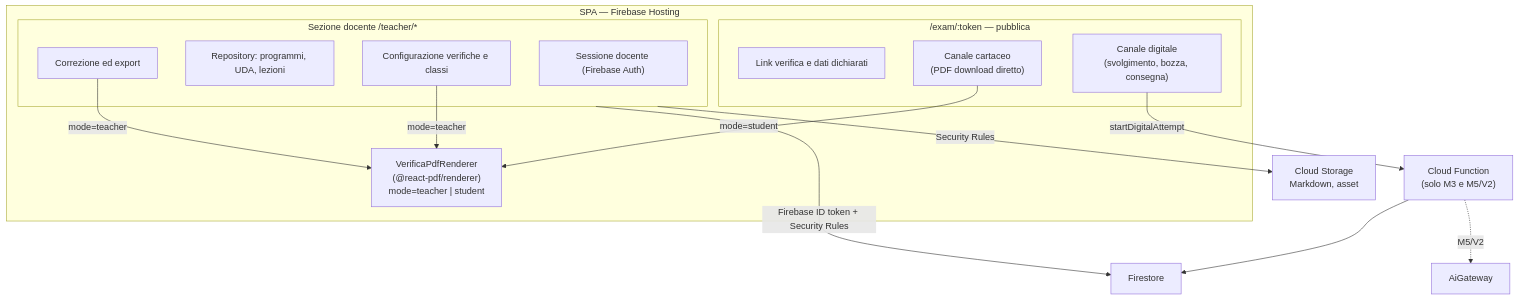
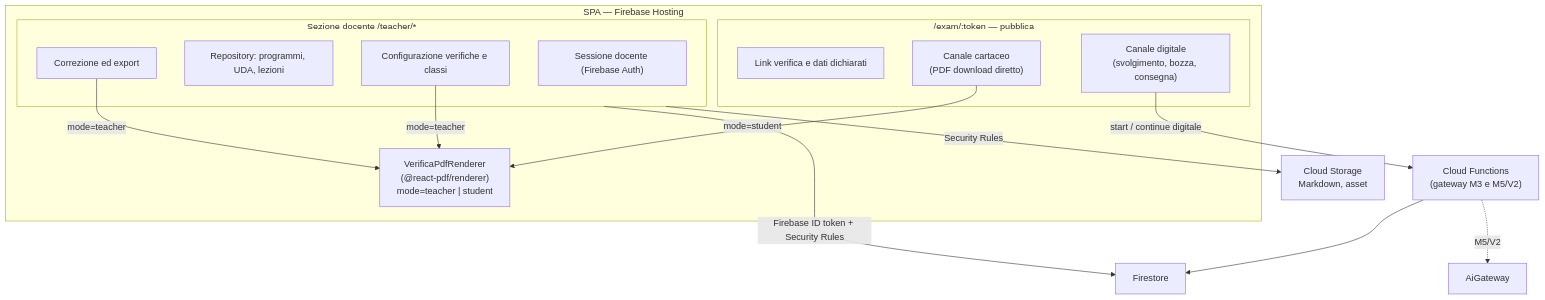
One commit to EnricoPaparo/SchoolForge changed the diagram in documentazione/diagrammi/component-frontend.md. Above: the diagram before and after it, drawn with Mermaid. The commit also changed other lines of this file and 15 other files, not shown here.

````diff
--- a/documentazione/diagrammi/component-frontend.md
+++ b/documentazione/diagrammi/component-frontend.md
@@ -3,26 +3,26 @@
 ```mermaid
 flowchart TB
     subgraph SPA["SPA — Firebase Hosting"]
       subgraph T["Sezione docente /teacher/*"]
         Login["Sessione docente (Firebase Auth)"]
         Repo["Repository: programmi, UDA, lezioni"]
         Verify["Configurazione verifiche e classi"]
         Correct["Correzione ed export"]
       end
       subgraph P["/exam/:token — pubblica"]
         Entry["Link verifica e dati dichiarati"]
         Paper["Canale cartaceo\n(PDF download diretto)"]
         Digital["Canale digitale\n(svolgimento, bozza, consegna)"]
       end
       Pdf["VerificaPdfRenderer\n(@react-pdf/renderer)\nmode=teacher | student"]
     end
 
     T -->|"Firebase ID token + Security Rules"| FS["Firestore"]
     T -->|"Security Rules"| CS["Cloud Storage\nMarkdown, asset"]
-    Digital -->|"startDigitalAttempt"| CF["Cloud Function\n(solo M3 e M5/V2)"]
+    Digital -->|"start / continue digitale"| CF["Cloud Functions\n(gateway M3 e M5/V2)"]
     CF --> FS
     CF -. "M5/V2" .-> AI["AiGateway"]
     Paper -->|"mode=student"| Pdf
     Verify -->|"mode=teacher"| Pdf
     Correct -->|"mode=teacher"| Pdf
 ```
````
